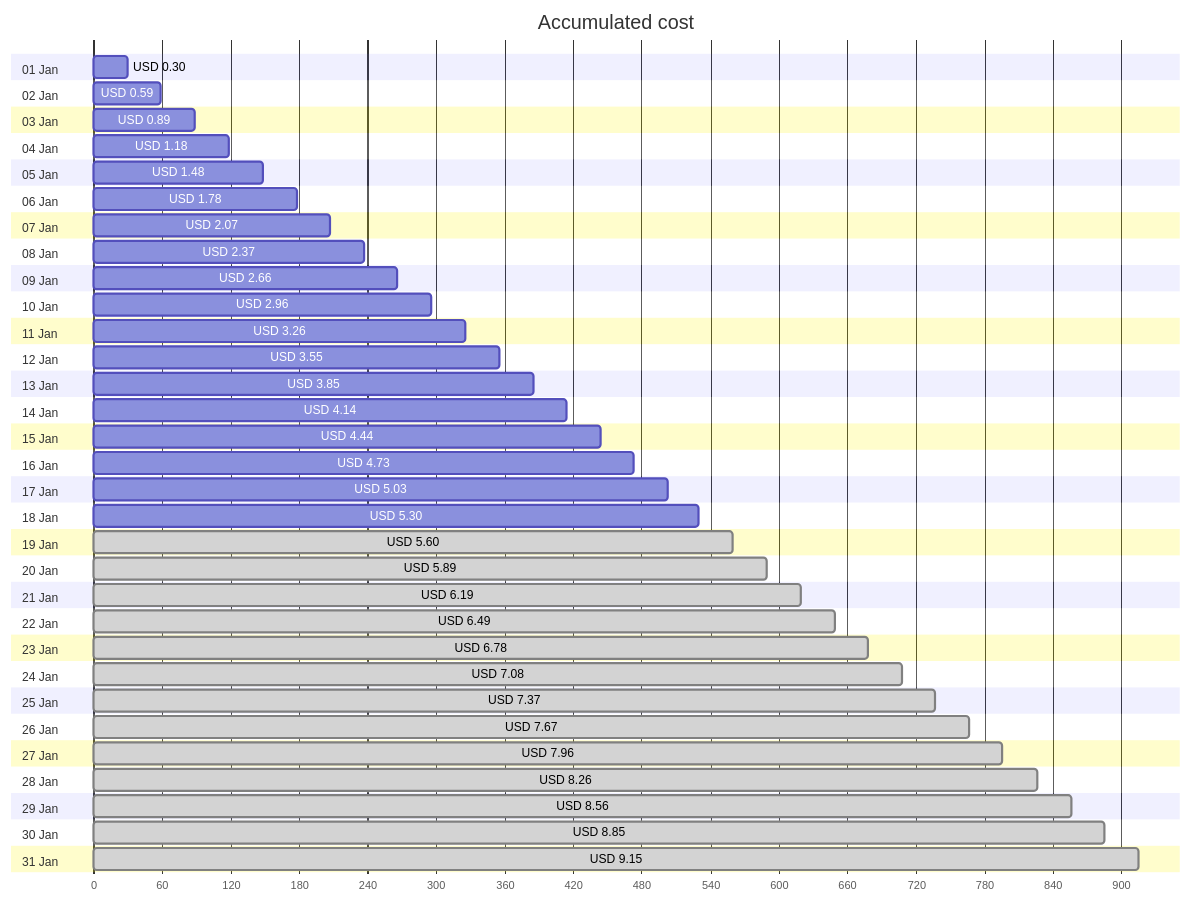
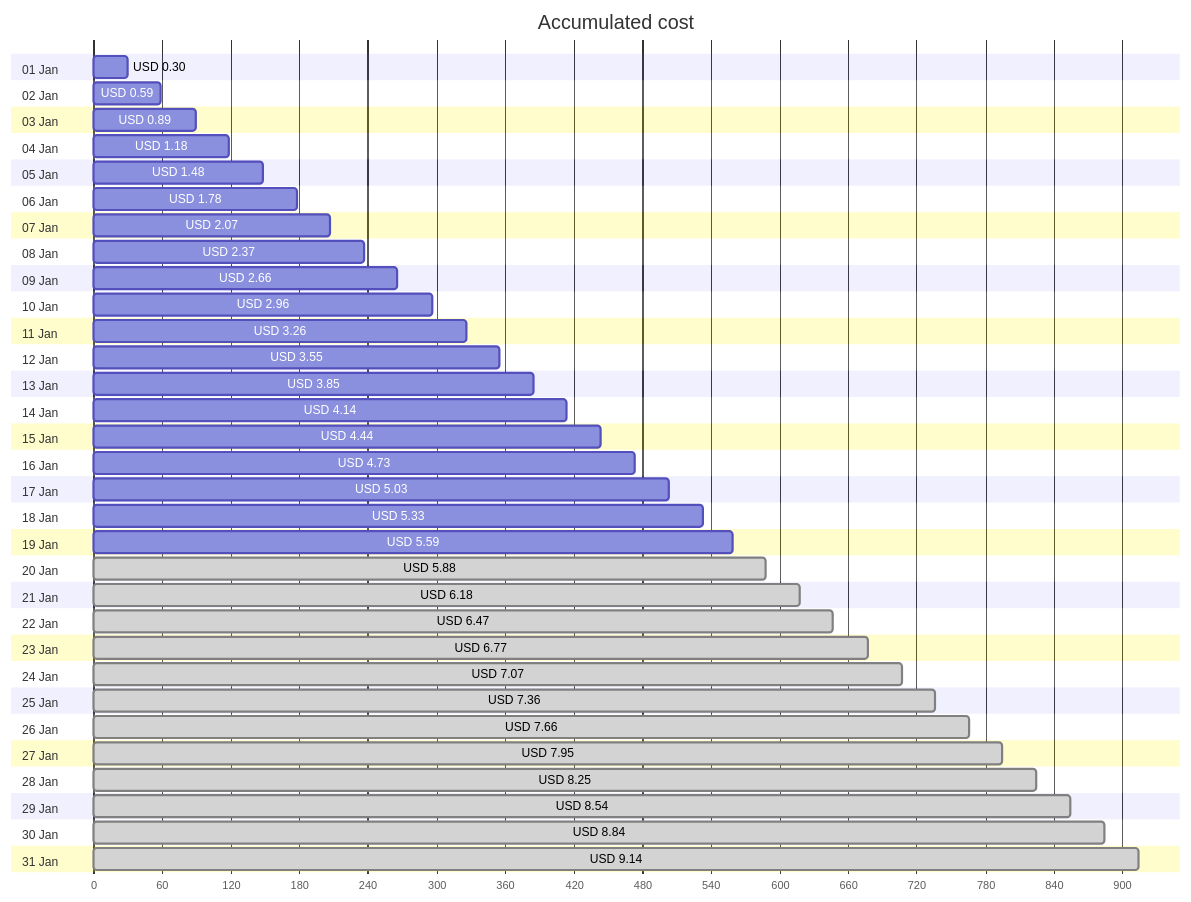
The first of 4 diagrams in cost-reports/personal-site/personal-site-preview.md (jpfulton/azure-personal-reports), drawn with Mermaid before and after one commit. The commit also changed other lines of this file and 7 other files, not shown here.

````diff
--- a/cost-reports/personal-site/personal-site-preview.md
+++ b/cost-reports/personal-site/personal-site-preview.md
@@ -20,68 +20,68 @@
 ```mermaid
 gantt
    title Accumulated cost
    dateFormat  X
    axisFormat %s
    section 01 Jan
    USD 0.30 :0, 30
    section 02 Jan
    USD 0.59 :0, 59
    section 03 Jan
    USD 0.89 :0, 89
    section 04 Jan
    USD 1.18 :0, 118
    section 05 Jan
    USD 1.48 :0, 148
    section 06 Jan
    USD 1.78 :0, 178
    section 07 Jan
    USD 2.07 :0, 207
    section 08 Jan
    USD 2.37 :0, 237
    section 09 Jan
    USD 2.66 :0, 266
    section 10 Jan
    USD 2.96 :0, 296
    section 11 Jan
    USD 3.26 :0, 326
    section 12 Jan
    USD 3.55 :0, 355
    section 13 Jan
    USD 3.85 :0, 385
    section 14 Jan
    USD 4.14 :0, 414
    section 15 Jan
    USD 4.44 :0, 444
    section 16 Jan
    USD 4.73 :0, 473
    section 17 Jan
    USD 5.03 :0, 503
    section 18 Jan
-   USD 5.30 :0, 530
+   USD 5.33 :0, 533
    section 19 Jan
-   USD 5.60 : done, 0, 560
+   USD 5.59 :0, 559
    section 20 Jan
-   USD 5.89 : done, 0, 589
+   USD 5.88 : done, 0, 588
    section 21 Jan
-   USD 6.19 : done, 0, 619
+   USD 6.18 : done, 0, 618
    section 22 Jan
-   USD 6.49 : done, 0, 649
+   USD 6.47 : done, 0, 647
    section 23 Jan
-   USD 6.78 : done, 0, 678
+   USD 6.77 : done, 0, 677
    section 24 Jan
-   USD 7.08 : done, 0, 708
+   USD 7.07 : done, 0, 707
    section 25 Jan
-   USD 7.37 : done, 0, 737
+   USD 7.36 : done, 0, 736
    section 26 Jan
-   USD 7.67 : done, 0, 767
+   USD 7.66 : done, 0, 766
    section 27 Jan
-   USD 7.96 : done, 0, 796
+   USD 7.95 : done, 0, 795
    section 28 Jan
-   USD 8.26 : done, 0, 826
+   USD 8.25 : done, 0, 825
    section 29 Jan
-   USD 8.56 : done, 0, 856
+   USD 8.54 : done, 0, 854
    section 30 Jan
-   USD 8.85 : done, 0, 885
+   USD 8.84 : done, 0, 884
    section 31 Jan
-   USD 9.15 : done, 0, 915
+   USD 9.14 : done, 0, 914
 ```
````
